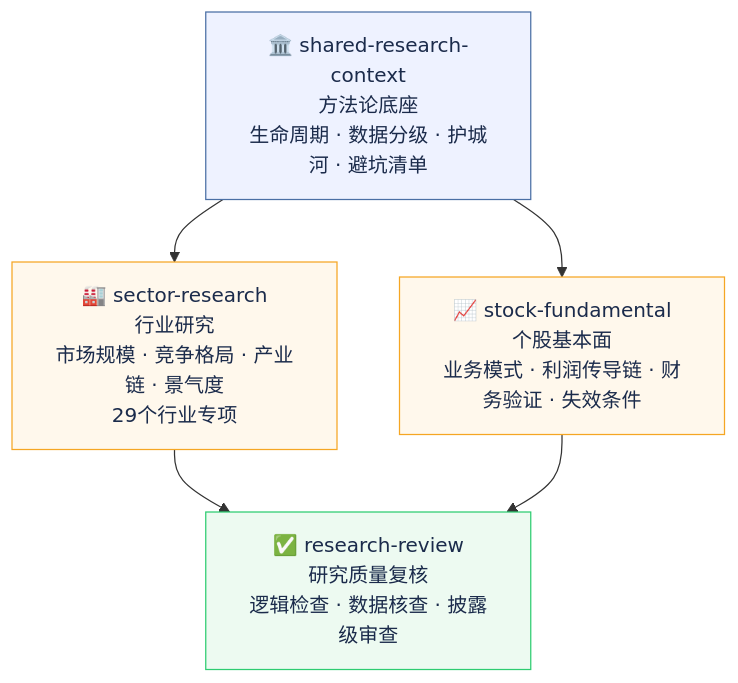
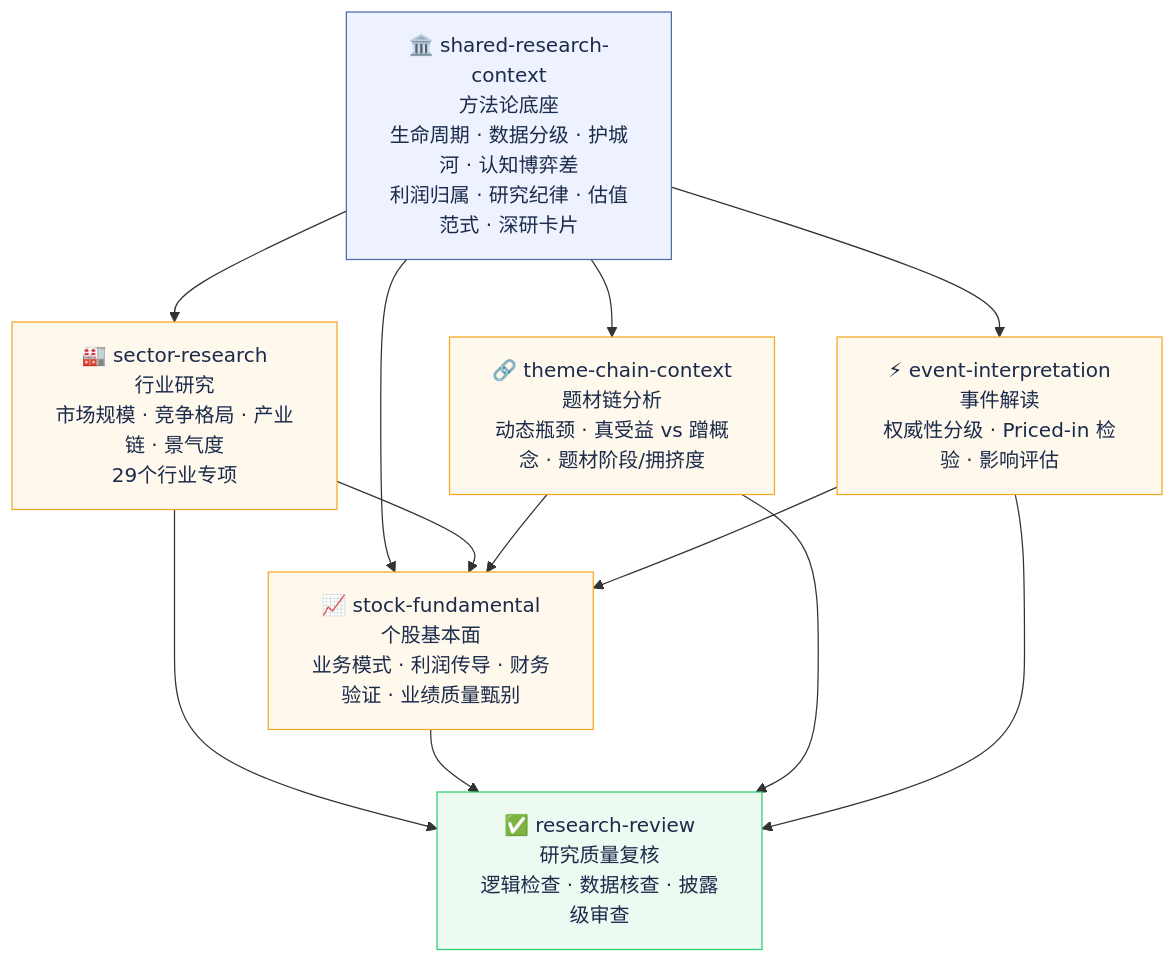
The first of 3 diagrams in README.md (tingbo-c/invest-research-skills), drawn with Mermaid before and after one commit. The commit also changed other lines of this file, not shown here.

````diff
--- a/README.md
+++ b/README.md
@@ -39,18 +43,29 @@
 ```mermaid
 graph TD
-    BASE["🏛️ shared-research-context\n方法论底座\n生命周期 · 数据分级 · 护城河 · 避坑清单"]
+    BASE["🏛️ shared-research-context\n方法论底座\n生命周期 · 数据分级 · 护城河 · 认知博弈差\n利润归属 · 研究纪律 · 估值范式 · 深研卡片"]
 
     SECTOR["🏭 sector-research\n行业研究\n市场规模 · 竞争格局 · 产业链 · 景气度\n29个行业专项"]
-    STOCK["📈 stock-fundamental\n个股基本面\n业务模式 · 利润传导链 · 财务验证 · 失效条件"]
+    STOCK["📈 stock-fundamental\n个股基本面\n业务模式 · 利润传导 · 财务验证 · 业绩质量甄别"]
+    THEME["🔗 theme-chain-context\n题材链分析\n动态瓶颈 · 真受益 vs 蹭概念 · 题材阶段/拥挤度"]
+    EVENT["⚡ event-interpretation\n事件解读\n权威性分级 · Priced-in 检验 · 影响评估"]
     REVIEW["✅ research-review\n研究质量复核\n逻辑检查 · 数据核查 · 披露级审查"]
 
     BASE --> SECTOR
     BASE --> STOCK
+    BASE --> THEME
+    BASE --> EVENT
+    SECTOR --> STOCK
+    THEME --> STOCK
+    EVENT --> STOCK
     SECTOR --> REVIEW
     STOCK --> REVIEW
+    THEME --> REVIEW
+    EVENT --> REVIEW
 
     style BASE fill:#EEF2FF,stroke:#4A6FA5,color:#1B2B4B
     style SECTOR fill:#FFF8EC,stroke:#F5A623,color:#1B2B4B
     style STOCK fill:#FFF8EC,stroke:#F5A623,color:#1B2B4B
+    style THEME fill:#FFF8EC,stroke:#F5A623,color:#1B2B4B
+    style EVENT fill:#FFF8EC,stroke:#F5A623,color:#1B2B4B
     style REVIEW fill:#EDFAF1,stroke:#2ECC71,color:#1B2B4B
 ```
````
